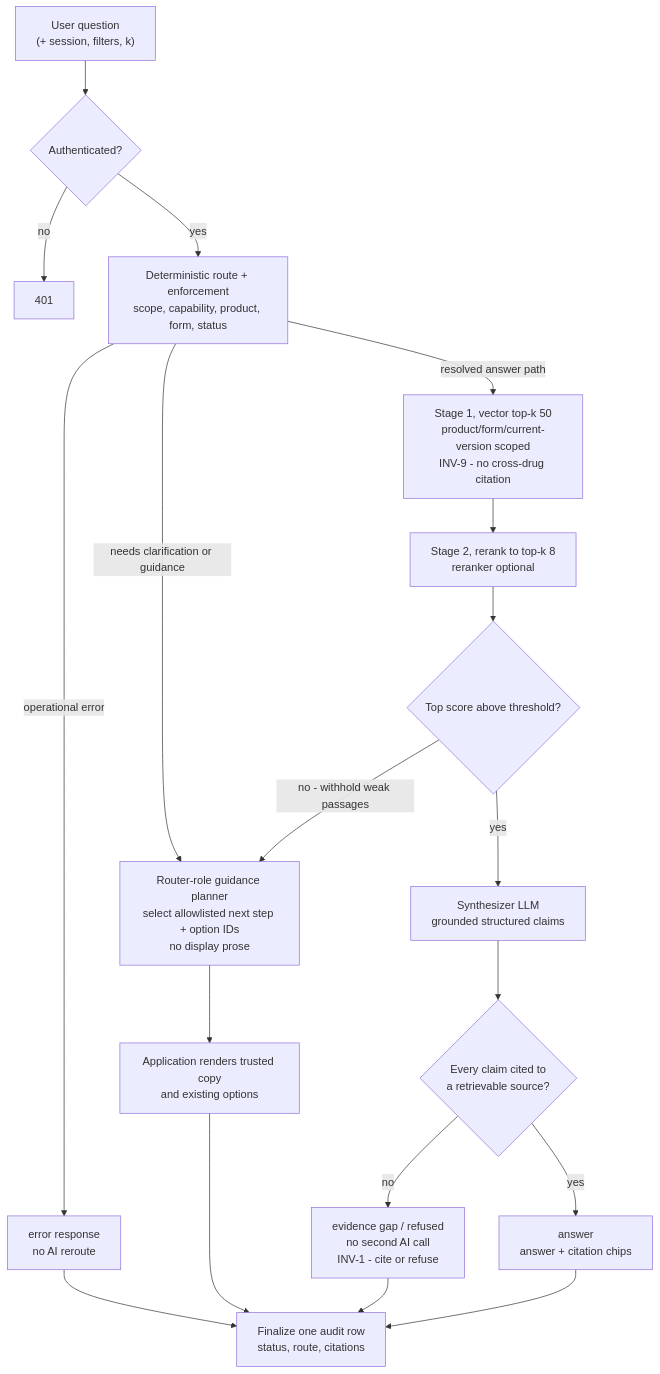
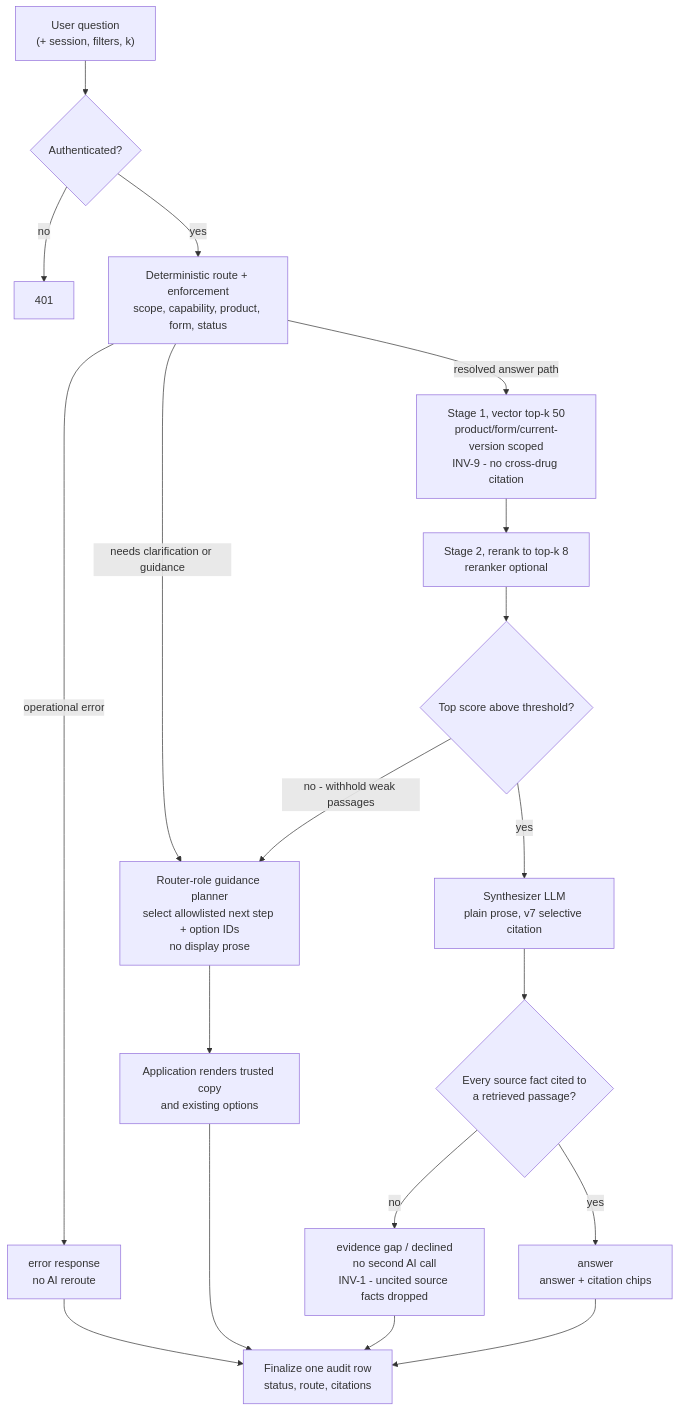
The first of 2 diagrams in README.md (Hussain0327/amneal), drawn with Mermaid before and after one commit. The commit also changed other lines of this file and 50 other files, not shown here.

````diff
--- a/README.md
+++ b/README.md
@@ -98,24 +120,24 @@
 ```mermaid
 flowchart TD
     Q["User question<br/>(+ session, filters, k)"] --> AUTH{"Authenticated?"}
     AUTH -- "no" --> E401["401"]
     AUTH -- "yes" --> ROUTE["Deterministic route + enforcement<br/>scope, capability, product, form, status"]
     ROUTE -- "operational error" --> ERROR["error response<br/>no AI reroute"]
     ROUTE -- "needs clarification or guidance" --> GUIDE["Router-role guidance planner<br/>select allowlisted next step + option IDs<br/>no display prose"]
     ROUTE -- "resolved answer path" --> RETRIEVE["Stage 1, vector top-k 50<br/>product/form/current-version scoped<br/>INV-9 - no cross-drug citation"]
 
     RETRIEVE --> RERANK["Stage 2, rerank to top-k 8<br/>reranker optional"]
     RERANK --> PRECHK{"Top score above threshold?"}
     PRECHK -- "no - withhold weak passages" --> GUIDE
-    PRECHK -- "yes" --> SYNTH["Synthesizer LLM<br/>grounded structured claims"]
+    PRECHK -- "yes" --> SYNTH["Synthesizer LLM<br/>plain prose, v7 selective citation"]
 
-    SYNTH --> VALID{"Every claim cited to<br/>a retrievable source?"}
-    VALID -- "no" --> REFUSE["evidence gap / refused<br/>no second AI call<br/>INV-1 - cite or refuse"]
+    SYNTH --> VALID{"Every source fact cited to<br/>a retrieved passage?"}
+    VALID -- "no" --> REFUSE["evidence gap / declined<br/>no second AI call<br/>INV-1 - uncited source facts dropped"]
     VALID -- "yes" --> ANSWER["answer<br/>answer + citation chips"]
 
     GUIDE --> COPY["Application renders trusted copy<br/>and existing options"]
     COPY --> FINAL["Finalize one audit row<br/>status, route, citations"]
     ERROR --> FINAL
     REFUSE --> FINAL
     ANSWER --> FINAL
 ```
````
